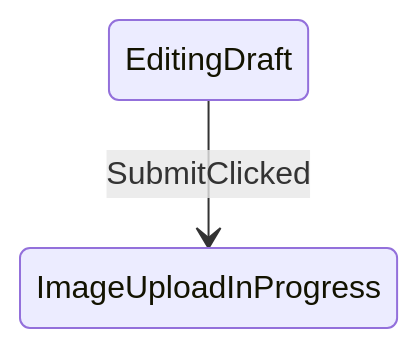
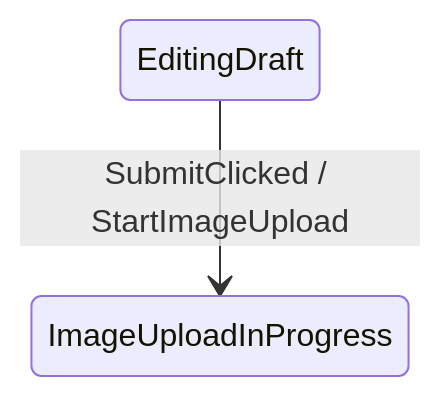
The second of 2 diagrams in wiki/03-engineering/afsm-v3-topology-first-api.md (kez-lab/afsm), drawn with Mermaid before and after one commit. The commit also changed other lines of this file and 6 other files, not shown here.

````diff
--- a/wiki/03-engineering/afsm-v3-topology-first-api.md
+++ b/wiki/03-engineering/afsm-v3-topology-first-api.md
@@ -284,4 +347,4 @@
 ```mermaid
 stateDiagram-v2
-  EditingDraft --> ImageUploadInProgress: SubmitClicked
+  EditingDraft --> ImageUploadInProgress: SubmitClicked / StartImageUpload
 ```
````
